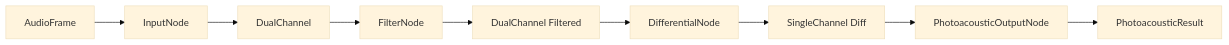
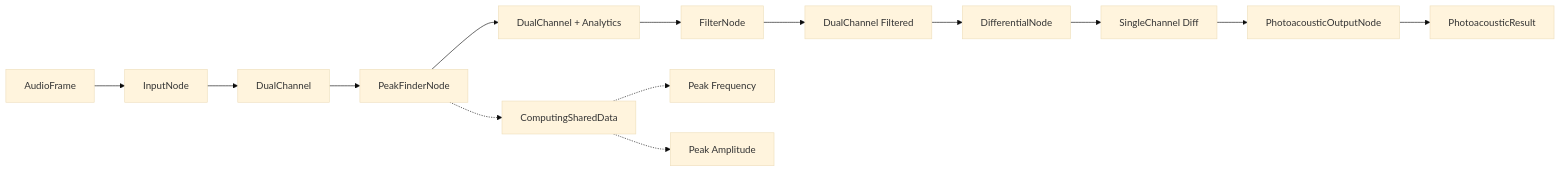
One commit to sctg-development/rust-photoacoustic changed the second of 2 diagrams in docs/processing_module_guide.md. Above: the diagram before and after it, drawn with Mermaid (base theme). The commit also changed other lines of this file and 26 other files, not shown here.

Commit message:
feat: wip peak finder

````diff
--- a/docs/processing_module_guide.md
+++ b/docs/processing_module_guide.md
@@ -373,11 +490,17 @@
 ```mermaid
 graph LR
     A[AudioFrame] --> B[InputNode]
     B --> C[DualChannel]
-    C --> D[FilterNode]
-    D --> E[DualChannel Filtered]
-    E --> F[DifferentialNode]  
-    F --> G[SingleChannel Diff]
-    G --> H[PhotoacousticOutputNode]
-    H --> I[PhotoacousticResult]
+    C --> D[PeakFinderNode]
+    D --> E[DualChannel + Analytics]
+    E --> F[FilterNode]
+    F --> G[DualChannel Filtered]
+    G --> H[DifferentialNode]  
+    H --> I[SingleChannel Diff]
+    I --> J[PhotoacousticOutputNode]
+    J --> K[PhotoacousticResult]
+    
+    D -.-> L[ComputingSharedData]
+    L -.-> M[Peak Frequency]
+    L -.-> N[Peak Amplitude]
 ```
````
